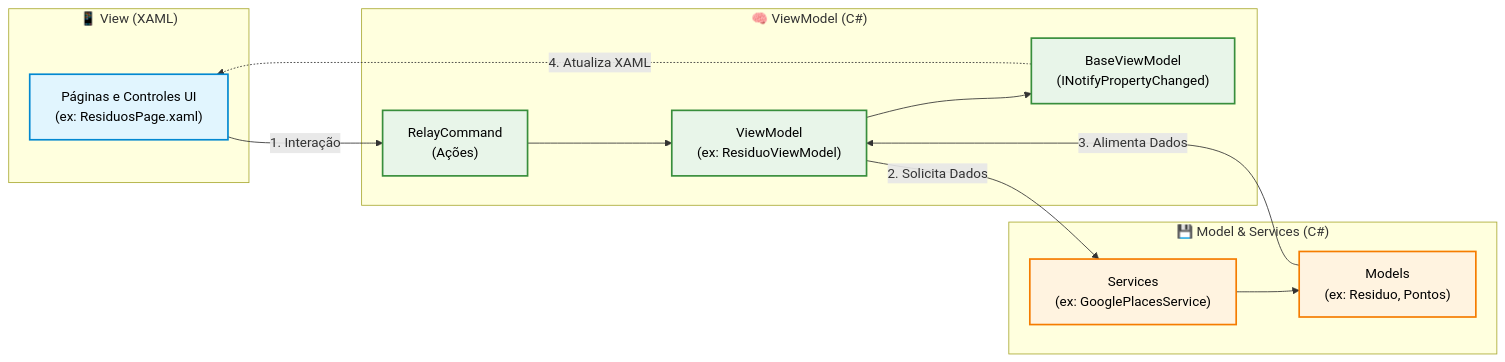
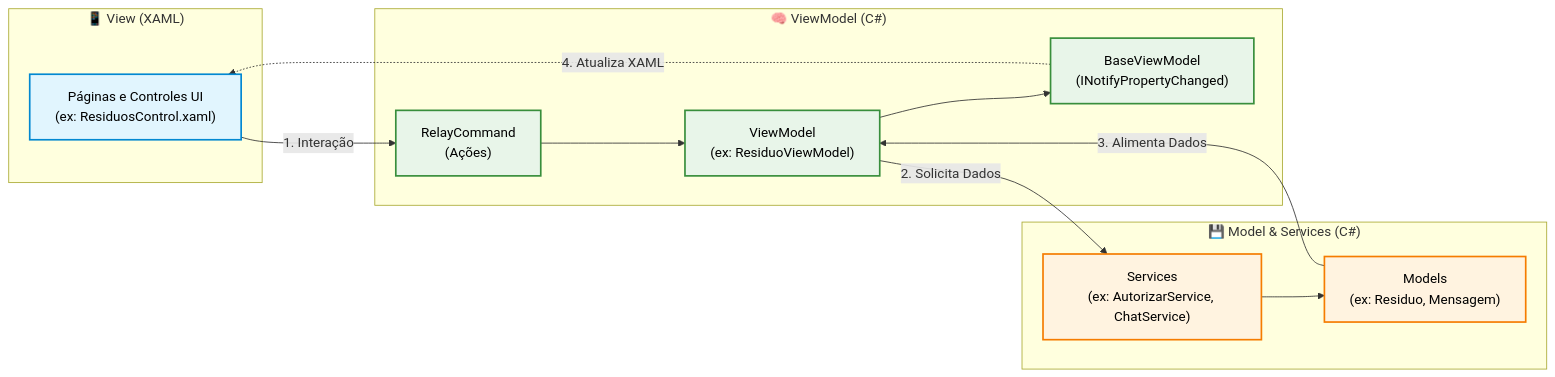
Before and after one commit to MARILENE-384076/ReGraphikApp: the diagram in README.md, drawn with Mermaid. The commit also changed other lines of this file, not shown here.

````diff
--- a/README.md
+++ b/README.md
@@ -517,31 +634,31 @@
 ```mermaid
 flowchart LR
     classDef view fill:#e1f5fe,stroke:#0288d1,stroke-width:2px,color:#000
     classDef vm fill:#e8f5e9,stroke:#388e3c,stroke-width:2px,color:#000
     classDef model fill:#fff3e0,stroke:#f57c00,stroke-width:2px,color:#000
 
     subgraph View ["📱 View (XAML)"]
-        UI["Páginas e Controles UI\n(ex: ResiduosPage.xaml)"]:::view
+        UI["Páginas e Controles UI\n(ex: ResiduosControl.xaml)"]:::view
     end
 
     subgraph ViewModel ["🧠 ViewModel (C#)"]
         CMD["RelayCommand\n(Ações)"]:::vm
         VM["ViewModel\n(ex: ResiduoViewModel)"]:::vm
         BVM["BaseViewModel\n(INotifyPropertyChanged)"]:::vm
         
         CMD --> VM
         VM --> BVM
     end
 
     subgraph Model ["💾 Model & Services (C#)"]
-        SVC["Services\n(ex: GooglePlacesService)"]:::model
-        MOD["Models\n(ex: Residuo, Pontos)"]:::model
+        SVC["Services\n(ex: AutorizarService, ChatService)"]:::model
+        MOD["Models\n(ex: Residuo, Mensagem)"]:::model
         
         SVC --> MOD
     end
 
     UI -- "1. Interação" --> CMD
     VM -- "2. Solicita Dados" --> SVC
     MOD -- "3. Alimenta Dados" --> VM
     BVM -. "4. Atualiza XAML" .-> UI
 ```
````
